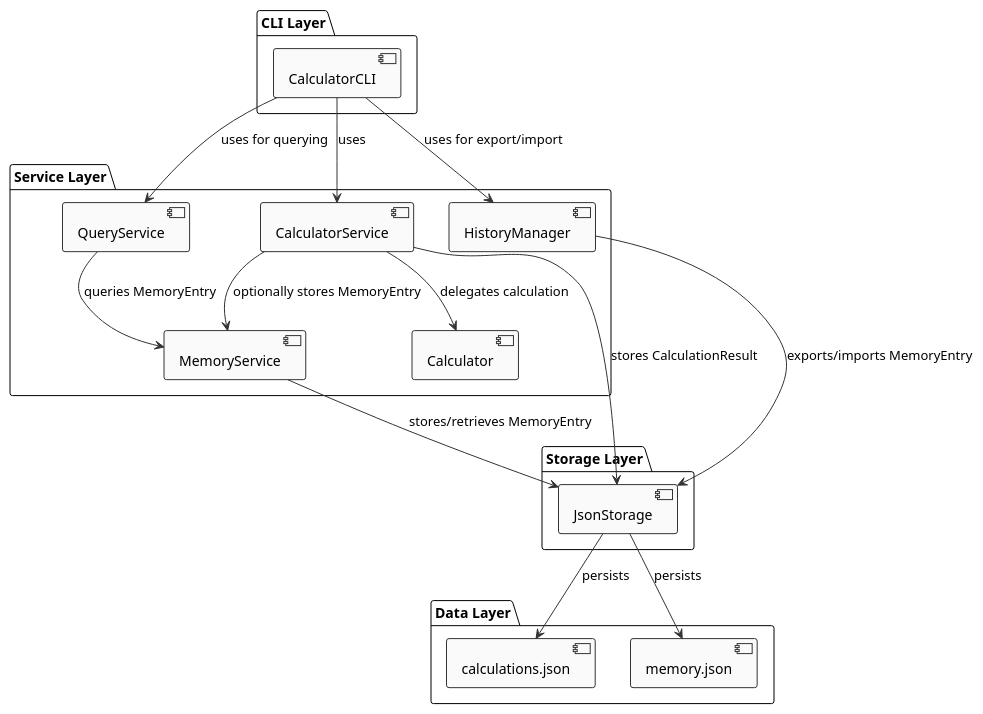
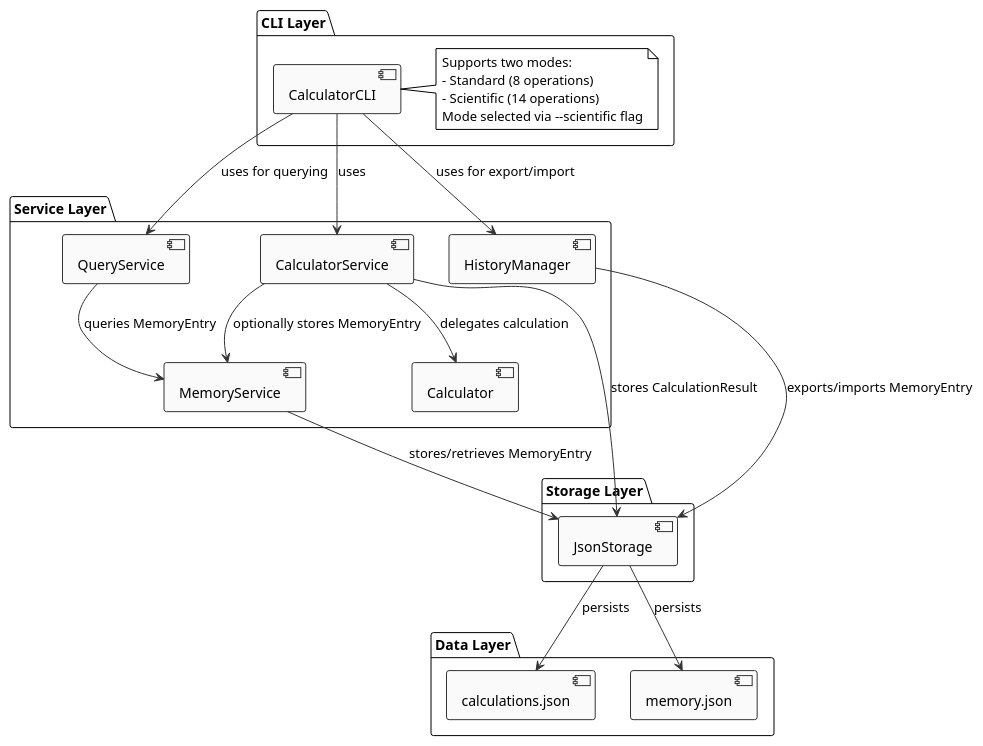
One commit to DanielRiha8906/Software_autoevolution_using_agents changed the diagram in experiments/broadcast/structured_text/calculator/artifacts/component_diagram.puml. Above: the diagram before and after it, drawn with PlantUML. The commit also changed 8 other files, not shown here.

First line of the commit message:
Add scientific mode with trigonometric and logarithmic operations

```diff
--- a/experiments/broadcast/structured_text/calculator/artifacts/component_diagram.puml
+++ b/experiments/broadcast/structured_text/calculator/artifacts/component_diagram.puml
@@ -1,46 +1,52 @@
 @startuml
 !theme plain
 skinparam componentBackgroundColor #FAFAFA
 skinparam componentBorderColor #333333
 skinparam arrowColor #333333
 skinparam fontName Courier
 
 package "CLI Layer" {
   component [CalculatorCLI] as CLI
+  note right of CLI
+    Supports two modes:
+    - Standard (8 operations)
+    - Scientific (14 operations)
+    Mode selected via --scientific flag
+  end note
 }
 
 package "Service Layer" {
   component [CalculatorService] as CalcService
   component [MemoryService] as MemService
   component [HistoryManager] as HistMgr
   component [QueryService] as QuerySvc
   component [Calculator] as CalcLogic
 }
 
 package "Storage Layer" {
   component [JsonStorage] as Storage
 }
 
 package "Data Layer" {
   component [calculations.json] as CalcFile
   component [memory.json] as MemFile
 }
 
 CLI --> CalcService: uses
 CLI --> QuerySvc: uses for querying
 CLI --> HistMgr: uses for export/import
 
 CalcService --> CalcLogic: delegates calculation
 CalcService --> Storage: stores CalculationResult
 CalcService --> MemService: optionally stores MemoryEntry
 
 MemService --> Storage: stores/retrieves MemoryEntry
 
 HistMgr --> Storage: exports/imports MemoryEntry
 
 QuerySvc --> MemService: queries MemoryEntry
 
 Storage --> CalcFile: persists
 Storage --> MemFile: persists
 
 @enduml
```
